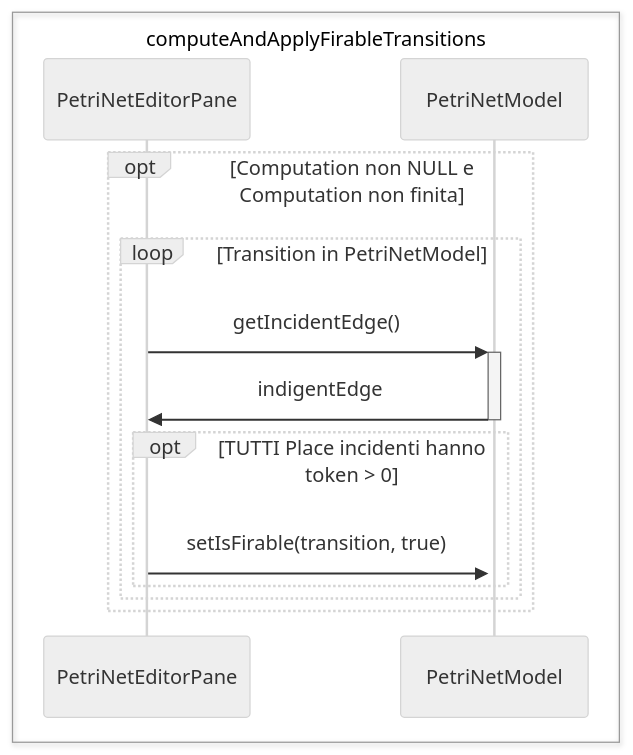
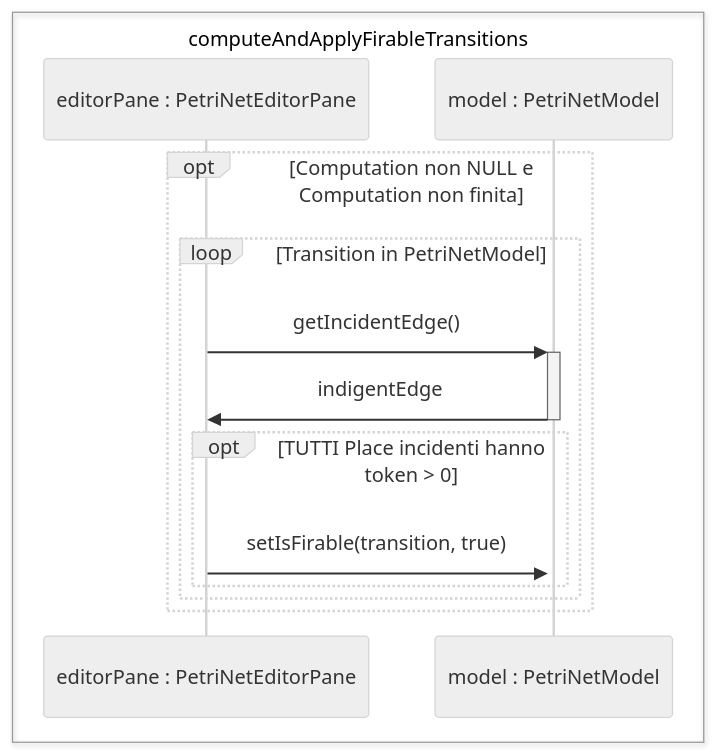
One commit to alessio-vivaldelli/PetriHub changed the diagram in docs/petri-net/sequence diagram/sequence_compute_firable.mmd. Above: the diagram before and after it, drawn with Mermaid (neutral theme). The commit also changed 7 other files, not shown here.

Commit message:
refactor sequence diagrams to improve participant naming for clarity and consistency

```diff
--- a/docs/petri-net/sequence diagram/sequence_compute_firable.mmd
+++ b/docs/petri-net/sequence diagram/sequence_compute_firable.mmd
@@ -1,15 +1,15 @@
 sequenceDiagram
     box computeAndApplyFirableTransitions
-    participant Pane as PetriNetEditorPane
-    participant Model as PetriNetModel
+    participant Pane as editorPane : PetriNetEditorPane
+    participant Model as model : PetriNetModel
     end
 
     opt Computation non NULL e Computation non finita
         loop Transition in PetriNetModel
         Pane->>+Model: getIncidentEdge()
         Model->>-Pane: indigentEdge
         opt TUTTI Place incidenti hanno token > 0
         Pane->>+Model: setIsFirable(transition, true)
         end
     end
 end
```
